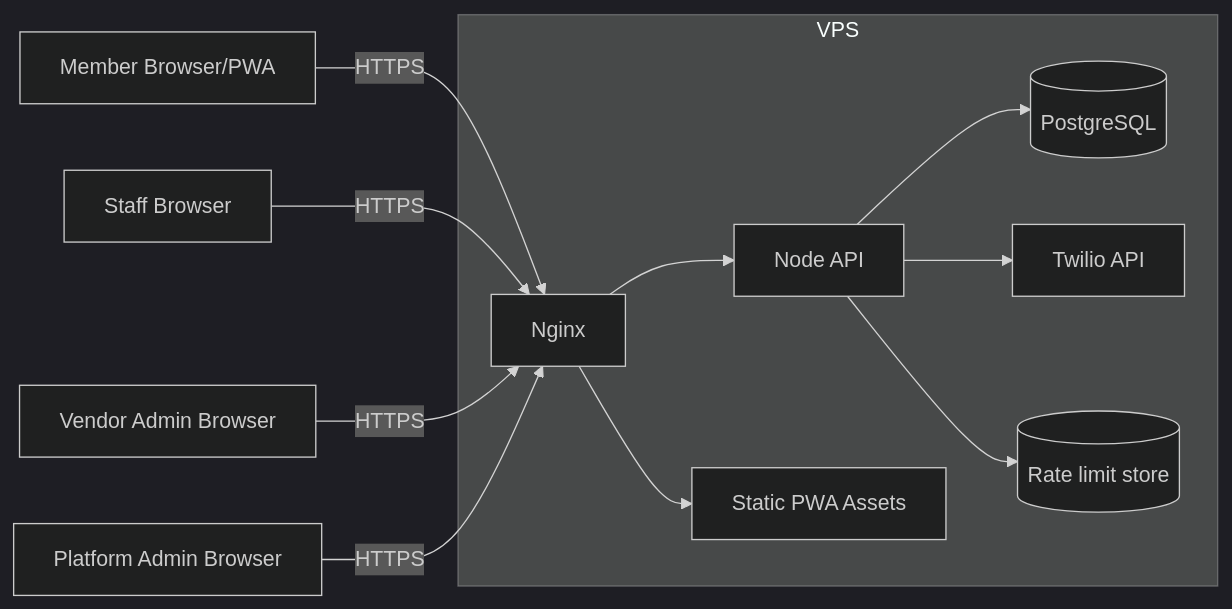
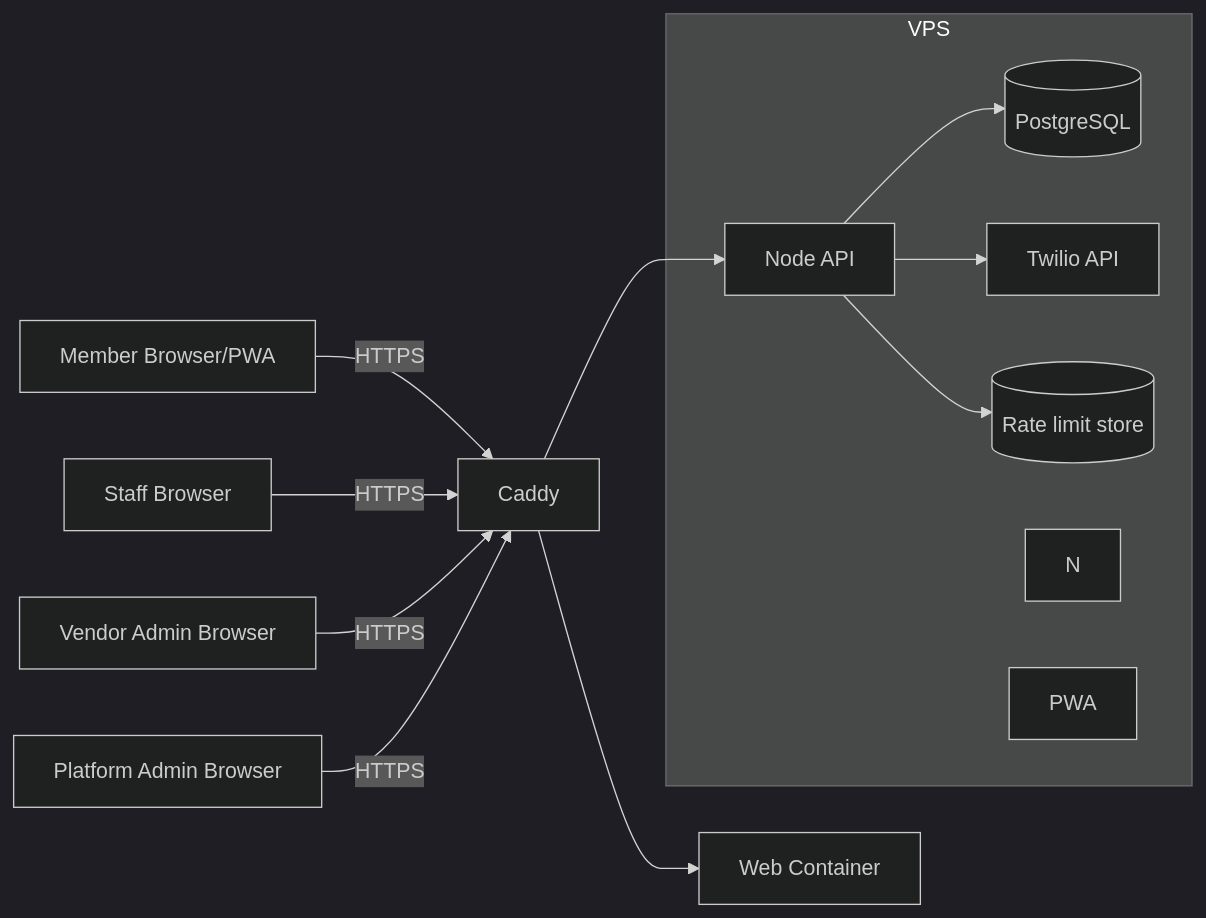
The first of 2 diagrams in docs/ARCHITECTURE.md (NeilAdamson/loyalty-pwa), drawn with Mermaid (dark theme) before and after one commit. The commit also changed other lines of this file and 19 other files, not shown here.

````diff
--- a/docs/ARCHITECTURE.md
+++ b/docs/ARCHITECTURE.md
@@ -17,23 +17,23 @@
 ```mermaid
 flowchart LR
-  M[Member Browser/PWA] -->|HTTPS| N[Nginx]
-  S[Staff Browser] -->|HTTPS| N
-  VA[Vendor Admin Browser] -->|HTTPS| N
-  PA[Platform Admin Browser] -->|HTTPS| N
+  M[Member Browser/PWA] -->|HTTPS| P[Caddy]
+  S[Staff Browser] -->|HTTPS| P
+  VA[Vendor Admin Browser] -->|HTTPS| P
+  PA[Platform Admin Browser] -->|HTTPS| P
 
-  N --> API[Node API]
-  N --> PWA[Static PWA Assets]
+  P --> API[Node API]
+  P --> WEB[Web Container]
 
   API --> DB[(PostgreSQL)]
   API --> WA[WhatsApp Provider API]
   API --> RL[(Rate limit store)]
 
   subgraph VPS
     N
     API
     PWA
     DB
     RL
     WA[Twilio API]
   end
 ```
````
